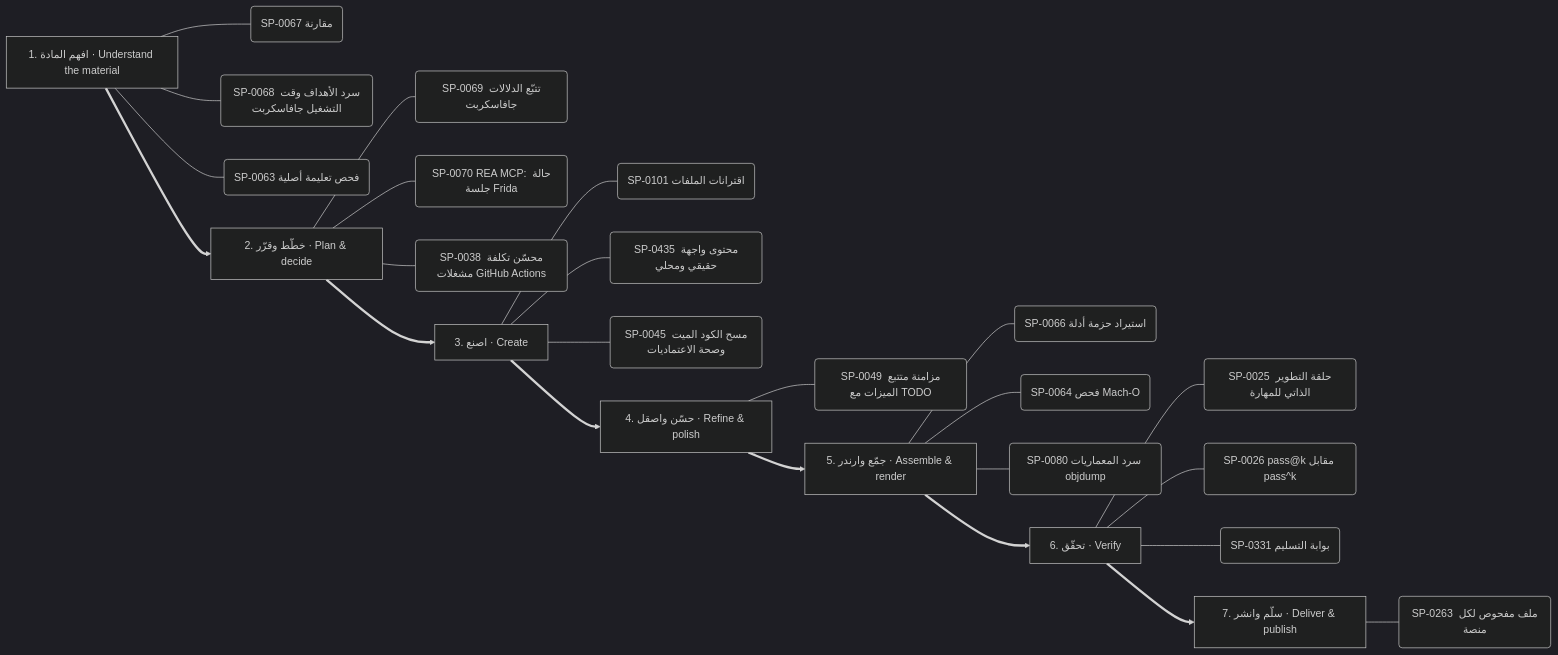
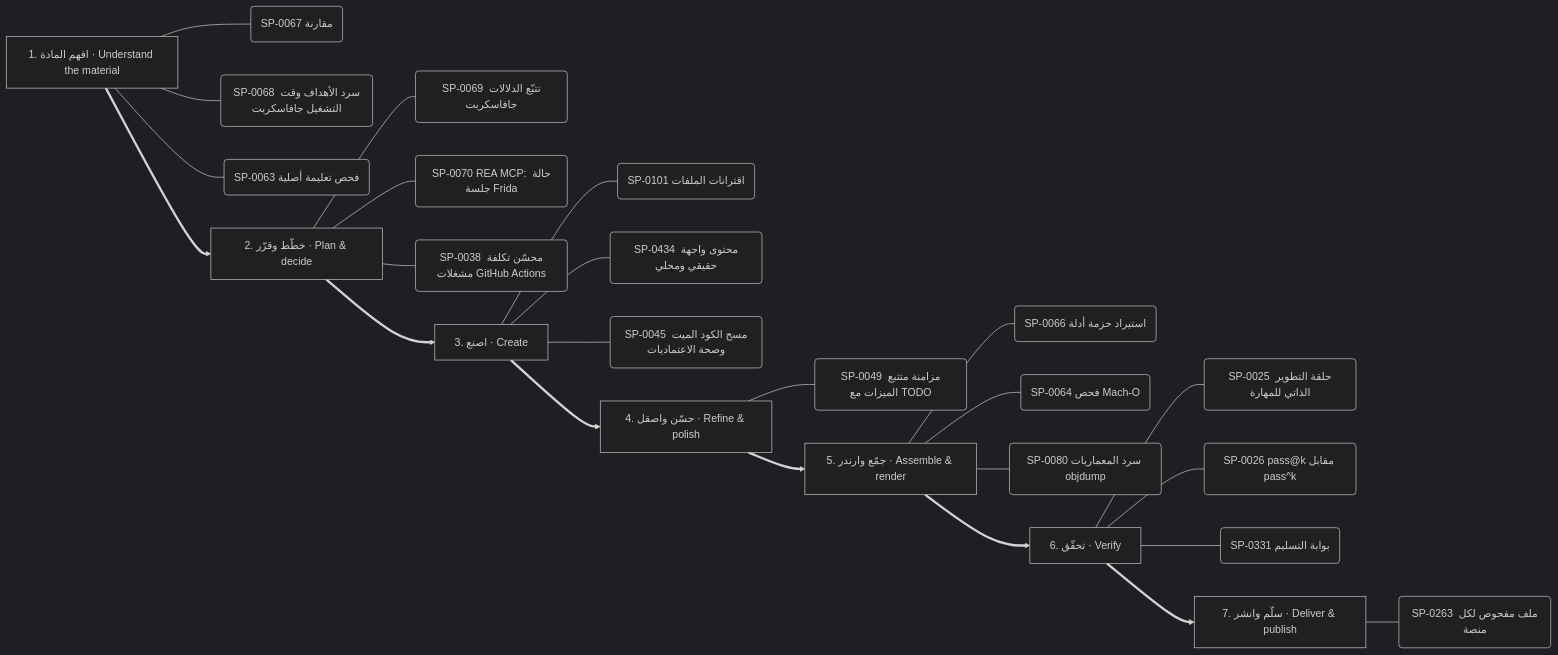
One commit to kosif199022-jpg/kosif-tool changed diagram 11 of 13 in .claude/skills/kosif-superpowers/references/capability-mindmap.md. Above: the diagram before and after it, drawn with Mermaid (dark theme). The commit also changed other lines of this file and 25 other files, not shown here.

````diff
--- a/.claude/skills/kosif-superpowers/references/capability-mindmap.md
+++ b/.claude/skills/kosif-superpowers/references/capability-mindmap.md
@@ -545,33 +545,33 @@
 ```mermaid
 flowchart LR
   S0["1. افهم المادة · Understand the material"]
   S0 --- S0_0("SP-0067 مقارنة")
   S0 --- S0_1("SP-0068 سرد الأهداف وقت التشغيل جافاسكربت")
   S0 --- S0_2("SP-0063 فحص تعليمة أصلية")
   S1["2. خطّط وقرّر · Plan & decide"]
   S1 --- S1_0("SP-0069 تتبّع الدلالات جافاسكربت")
   S1 --- S1_1("SP-0070 REA MCP: حالة جلسة Frida")
   S1 --- S1_2("SP-0038 محسّن تكلفة مشغلات GitHub Actions")
   S0 ==> S1
   S2["3. اصنع · Create"]
   S2 --- S2_0("SP-0101 اقترانات الملفات")
-  S2 --- S2_1("SP-0435 محتوى واجهة حقيقي ومحلي")
+  S2 --- S2_1("SP-0434 محتوى واجهة حقيقي ومحلي")
   S2 --- S2_2("SP-0045 مسح الكود الميت وصحة الاعتماديات")
   S1 ==> S2
   S3["4. حسّن واصقل · Refine & polish"]
   S3 --- S3_0("SP-0049 مزامنة متتبع الميزات مع TODO")
   S2 ==> S3
   S4["5. جمّع وارندر · Assemble & render"]
   S4 --- S4_0("SP-0066 استيراد حزمة أدلة")
   S4 --- S4_1("SP-0064 فحص Mach-O")
   S4 --- S4_2("SP-0080 سرد المعماريات objdump")
   S3 ==> S4
   S5["6. تحقّق · Verify"]
   S5 --- S5_0("SP-0025 حلقة التطوير الذاتي للمهارة")
   S5 --- S5_1("SP-0026 pass@k مقابل pass^k")
   S5 --- S5_2("SP-0331 بوابة التسليم")
   S4 ==> S5
   S6["7. سلّم وانشر · Deliver & publish"]
   S6 --- S6_0("SP-0263 ملف مفحوص لكل منصة")
   S5 ==> S6
 ```
````
